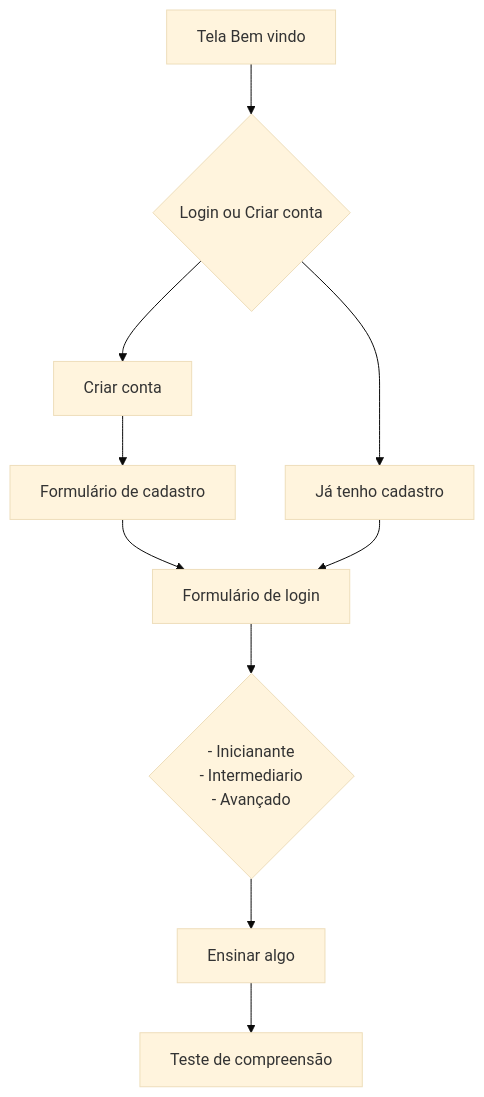
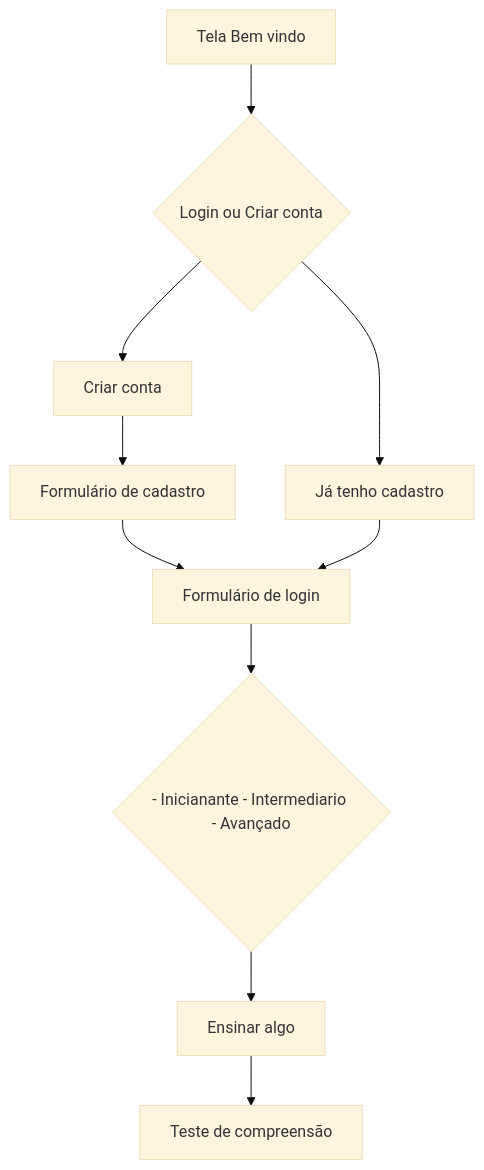
Before and after one commit to LucasGFBatista/senai-prova-mobile: the diagram in README.md, drawn with Mermaid (base theme).

Commit message:
docs: Ajuste no fluxograma

````diff
--- a/README.md
+++ b/README.md
@@ -94,18 +94,16 @@
 ```mermaid
 graph TD;
 
 Welcome[Tela Bem vindo] --> id1{Login ou Criar conta};
 
 id1 --> singup[Criar conta];
 id1 --> login[Já tenho cadastro];
 
 singup --> formSingup[Formulário de cadastro];
 formSingup --> formLogin;
 login --> formLogin[Formulário de login];
-formLogin--> selectLevel{- Inicianante
-- Intermediario
-- Avançado};
+formLogin--> selectLevel{- Inicianante - Intermediario - Avançado};
 
 selectLevel --> teachSometing[Ensinar algo];
 teachSometing --> comprehension[Teste de compreensão];
 ```
````
